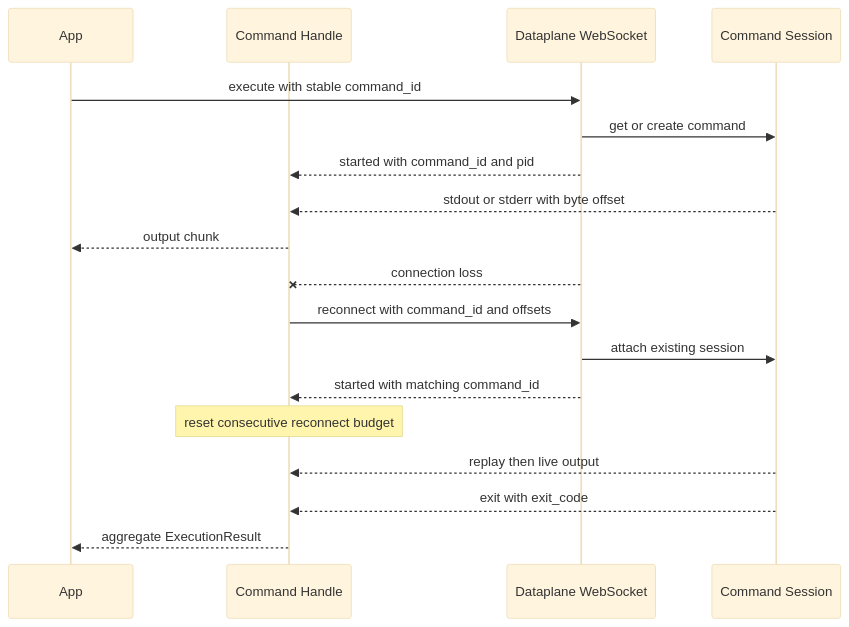
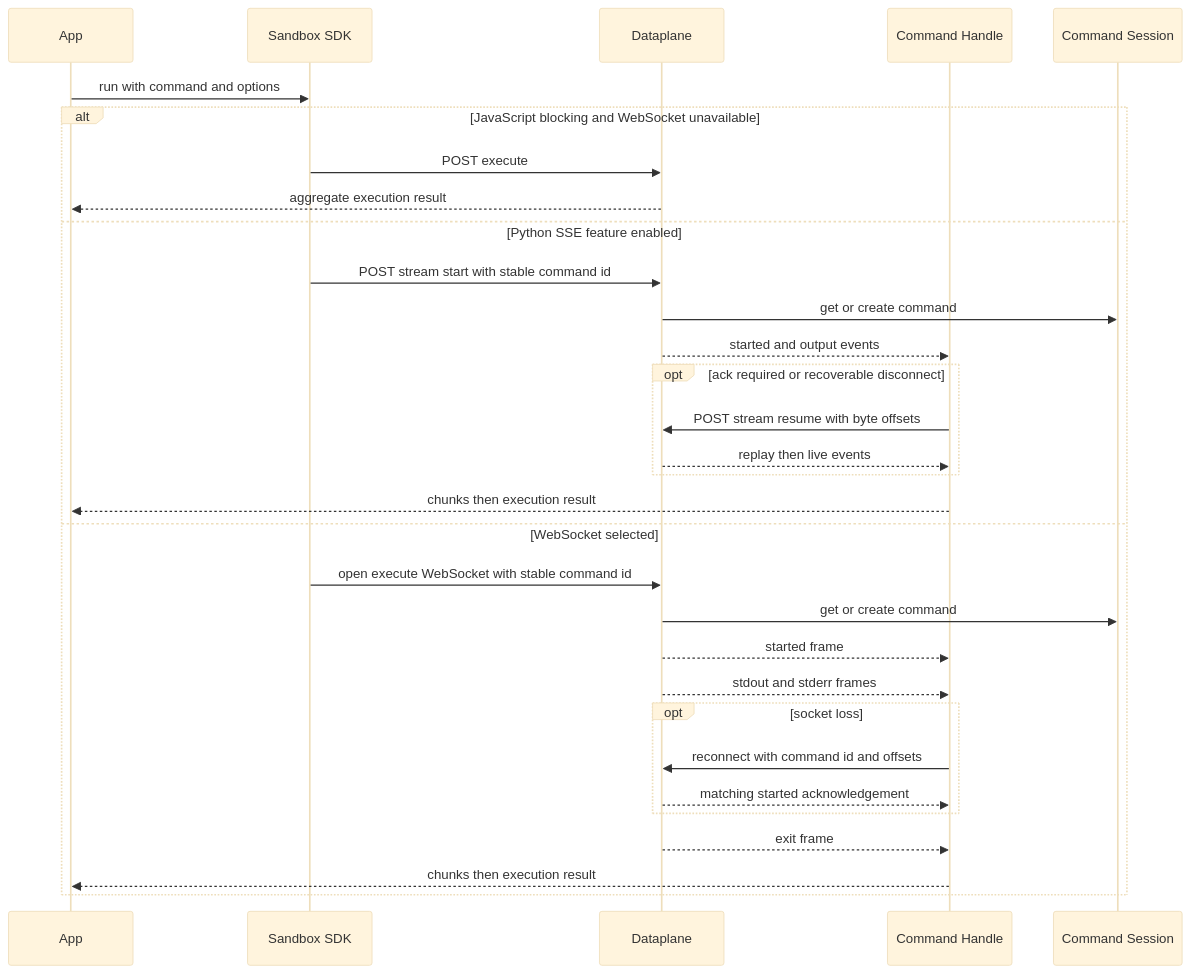
Before and after one commit to langchain-ai/langsmith-sdk: the second of 2 diagrams in openwiki/workflows/sandbox-lifecycle-and-execution.md, drawn with Mermaid (base theme). The commit also changed other lines of this file and 27 other files, not shown here.

````diff
--- a/openwiki/workflows/sandbox-lifecycle-and-execution.md
+++ b/openwiki/workflows/sandbox-lifecycle-and-execution.md
@@ -123,20 +182,33 @@
 ```mermaid
 sequenceDiagram
     participant App
+    participant SB as Sandbox SDK
+    participant DP as Dataplane
     participant Handle as Command Handle
-    participant DP as Dataplane WebSocket
     participant Cmd as Command Session
-    App->>DP: execute with stable command_id
-    DP->>Cmd: get or create command
-    DP-->>Handle: started with command_id and pid
-    Cmd-->>Handle: stdout or stderr with byte offset
-    Handle-->>App: output chunk
-    DP--xHandle: connection loss
-    Handle->>DP: reconnect with command_id and offsets
-    DP->>Cmd: attach existing session
-    DP-->>Handle: started with matching command_id
-    Note over Handle: reset consecutive reconnect budget
-    Cmd-->>Handle: replay then live output
-    Cmd-->>Handle: exit with exit_code
-    Handle-->>App: aggregate ExecutionResult
+    App->>SB: run with command and options
+    alt JavaScript blocking and WebSocket unavailable
+        SB->>DP: POST execute
+        DP-->>App: aggregate execution result
+    else Python SSE feature enabled
+        SB->>DP: POST stream start with stable command id
+        DP->>Cmd: get or create command
+        DP-->>Handle: started and output events
+        opt ack required or recoverable disconnect
+            Handle->>DP: POST stream resume with byte offsets
+            DP-->>Handle: replay then live events
+        end
+        Handle-->>App: chunks then execution result
+    else WebSocket selected
+        SB->>DP: open execute WebSocket with stable command id
+        DP->>Cmd: get or create command
+        DP-->>Handle: started frame
+        DP-->>Handle: stdout and stderr frames
+        opt socket loss
+            Handle->>DP: reconnect with command id and offsets
+            DP-->>Handle: matching started acknowledgement
+        end
+        DP-->>Handle: exit frame
+        Handle-->>App: chunks then execution result
+    end
 ```
````
